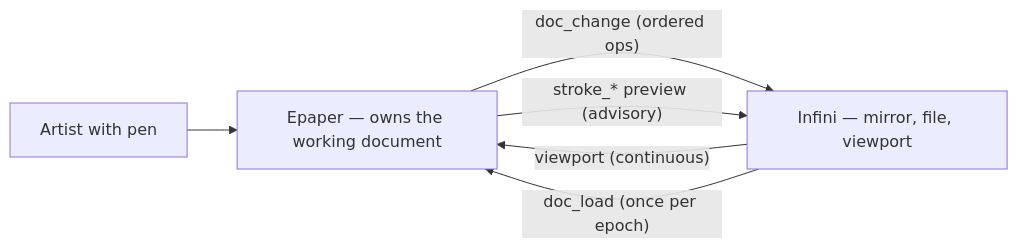
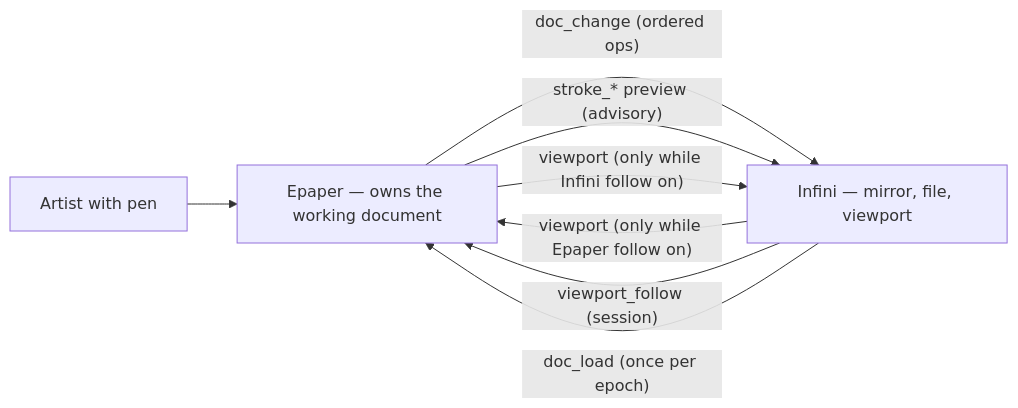
One commit to hoaidv/reawa changed the first of 2 diagrams in .docs/modules/epaper/architecture.md. Above: the diagram before and after it, drawn with Mermaid. The commit also changed other lines of this file and 193 other files, not shown here.

````diff
--- a/.docs/modules/epaper/architecture.md
+++ b/.docs/modules/epaper/architecture.md
@@ -86,8 +87,10 @@
 ```mermaid
 flowchart LR
   artist["Artist with pen"] --> epaper["Epaper — owns the working document"]
   epaper -->|"doc_change (ordered ops)"| infini["Infini — mirror, file, viewport"]
   epaper -->|"stroke_* preview (advisory)"| infini
-  infini -->|"viewport (continuous)"| epaper
+  infini -->|"viewport (only while Epaper follow on)"| epaper
+  epaper -->|"viewport (only while Infini follow on)"| infini
+  infini -->|"viewport_follow (session)"| epaper
   infini -->|"doc_load (once per epoch)"| epaper
 ```
````
